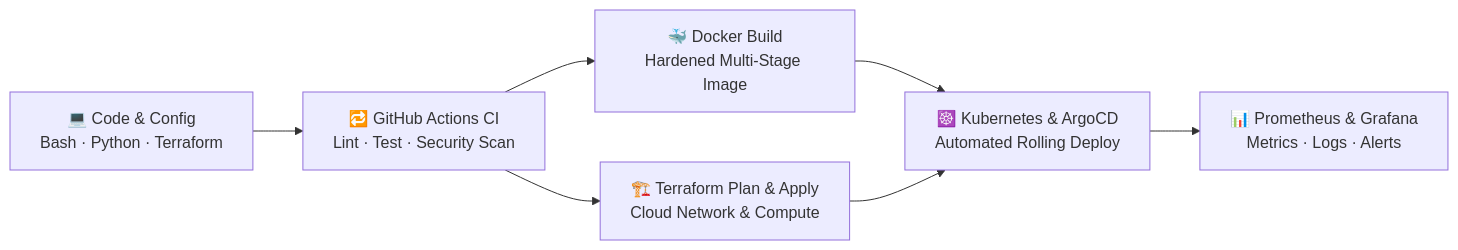
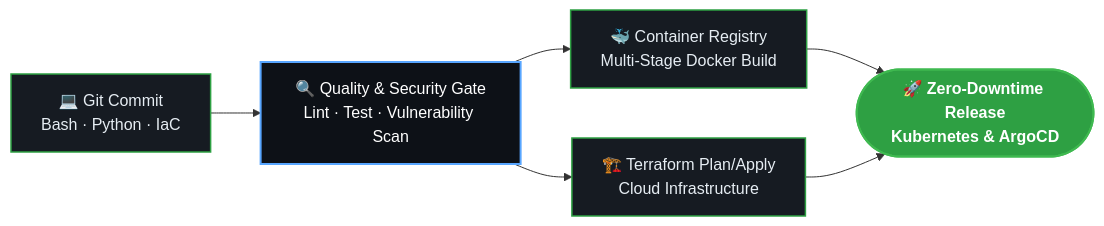
The second of 2 diagrams in README.md (JunioSilvestre/JunioSilvestre), drawn with Mermaid before and after one commit. The commit also changed other lines of this file, not shown here.

````diff
--- a/README.md
+++ b/README.md
@@ -63,9 +140,12 @@
 ```mermaid
 flowchart LR
-    A["💻 Code & Config<br/>Bash · Python · Terraform"] --> B["🔁 GitHub Actions CI<br/>Lint · Test · Security Scan"]
-    B --> C["🐳 Docker Build<br/>Hardened Multi-Stage Image"]
-    B --> D["🏗️ Terraform Plan & Apply<br/>Cloud Network & Compute"]
-    C --> E["☸️ Kubernetes & ArgoCD<br/>Automated Rolling Deploy"]
+    classDef step fill:#161B22,stroke:#2EA043,stroke-width:1.5px,color:#E6EDF3
+    classDef gate fill:#0D1117,stroke:#58A6FF,stroke-width:2px,color:#ffffff
+    classDef prod fill:#2EA043,stroke:#3FB950,stroke-width:2px,color:#ffffff,font-weight:bold
+
+    A["💻 Git Commit<br/>Bash · Python · IaC"]:::step --> B["🔍 Quality & Security Gate<br/>Lint · Test · Vulnerability Scan"]:::gate
+    B --> C["🐳 Container Registry<br/>Multi-Stage Docker Build"]:::step
+    B --> D["🏗️ Terraform Plan/Apply<br/>Cloud Infrastructure"]:::step
+    C --> E(["🚀 Zero-Downtime Release<br/>Kubernetes & ArgoCD"]):::prod
     D --> E
-    E --> F["📊 Prometheus & Grafana<br/>Metrics · Logs · Alerts"]
 ```
````
